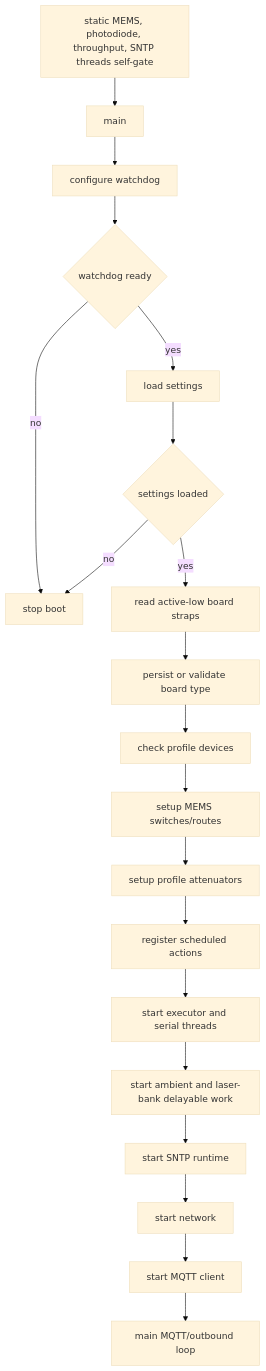
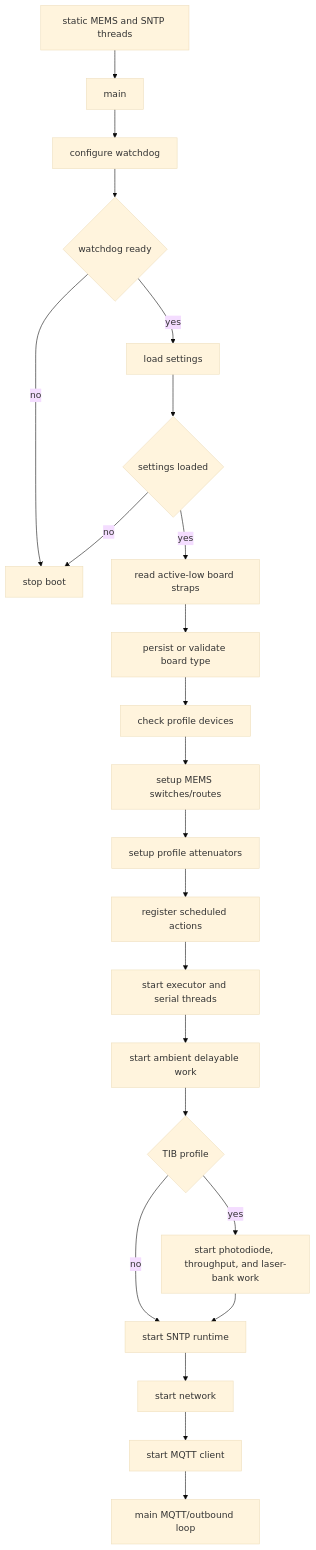
One commit to COO-Utilities/hispec-tib changed the second of 22 diagrams in doc/diagrams.md. Above: the diagram before and after it, drawn with Mermaid (base theme). The commit also changed other lines of this file and 14 other files, not shown here.

````diff
--- a/doc/diagrams.md
+++ b/doc/diagrams.md
@@ -39,22 +39,25 @@
 ```mermaid
 flowchart TD
-  Static[static MEMS, photodiode, throughput, SNTP threads self-gate] --> Start[main]
+  Static[static MEMS and SNTP threads] --> Start[main]
   Start --> Watchdog[configure watchdog]
   Watchdog --> WdogOK{watchdog ready}
   WdogOK -- no --> Stop[stop boot]
   WdogOK -- yes --> Load[load settings]
   Load --> SettingsOK{settings loaded}
   SettingsOK -- no --> Stop
   SettingsOK -- yes --> Straps[read active-low board straps]
   Straps --> PersistBoard[persist or validate board type]
   PersistBoard --> DevicesReady[check profile devices]
   DevicesReady --> Router[setup MEMS switches/routes]
   Router --> Attens[setup profile attenuators]
   Attens --> Runtime[register scheduled actions]
   Runtime --> Threads[start executor and serial threads]
-  Threads --> Work[start ambient and laser-bank delayable work]
-  Work --> SNTP[start SNTP runtime]
+  Threads --> Work[start ambient delayable work]
+  Work --> TibActors{TIB profile}
+  TibActors -- yes --> TibStart[start photodiode, throughput, and laser-bank work]
+  TibActors -- no --> SNTP[start SNTP runtime]
+  TibStart --> SNTP
   SNTP --> Network[start network]
   Network --> MQTTInit[start MQTT client]
   MQTTInit --> Loop[main MQTT/outbound loop]
 ```
````
